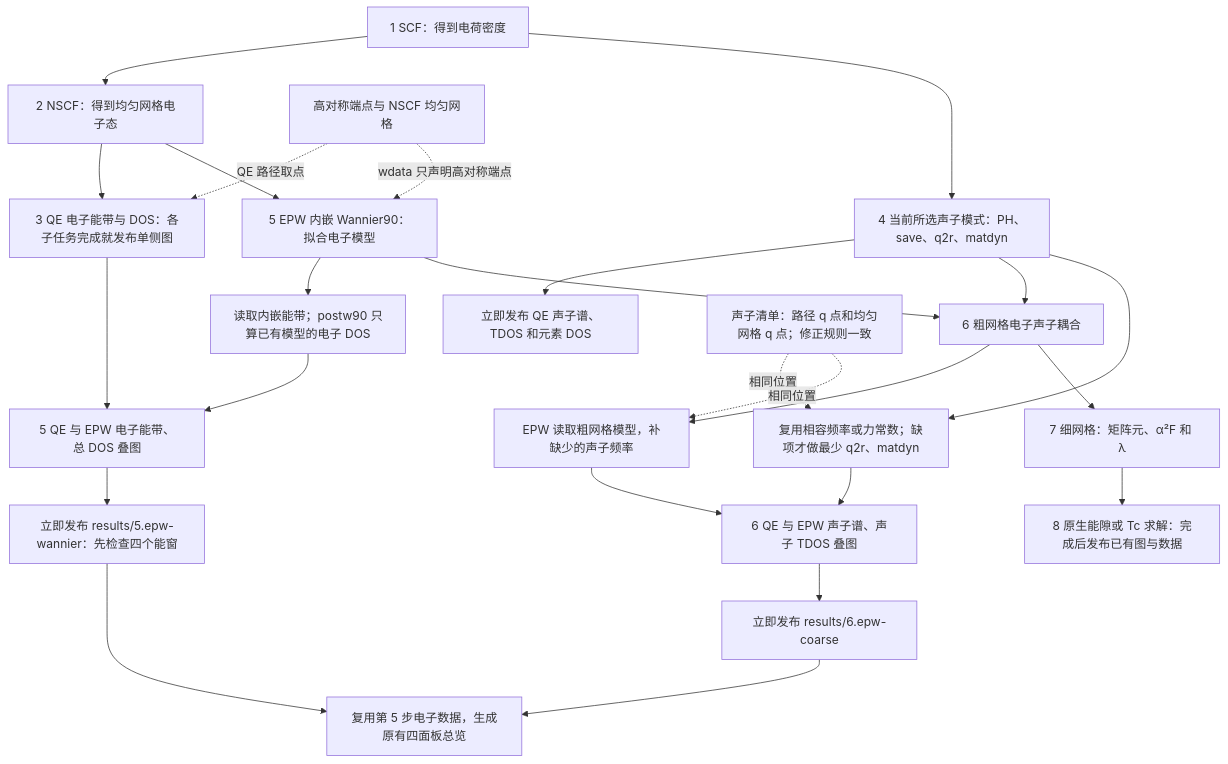
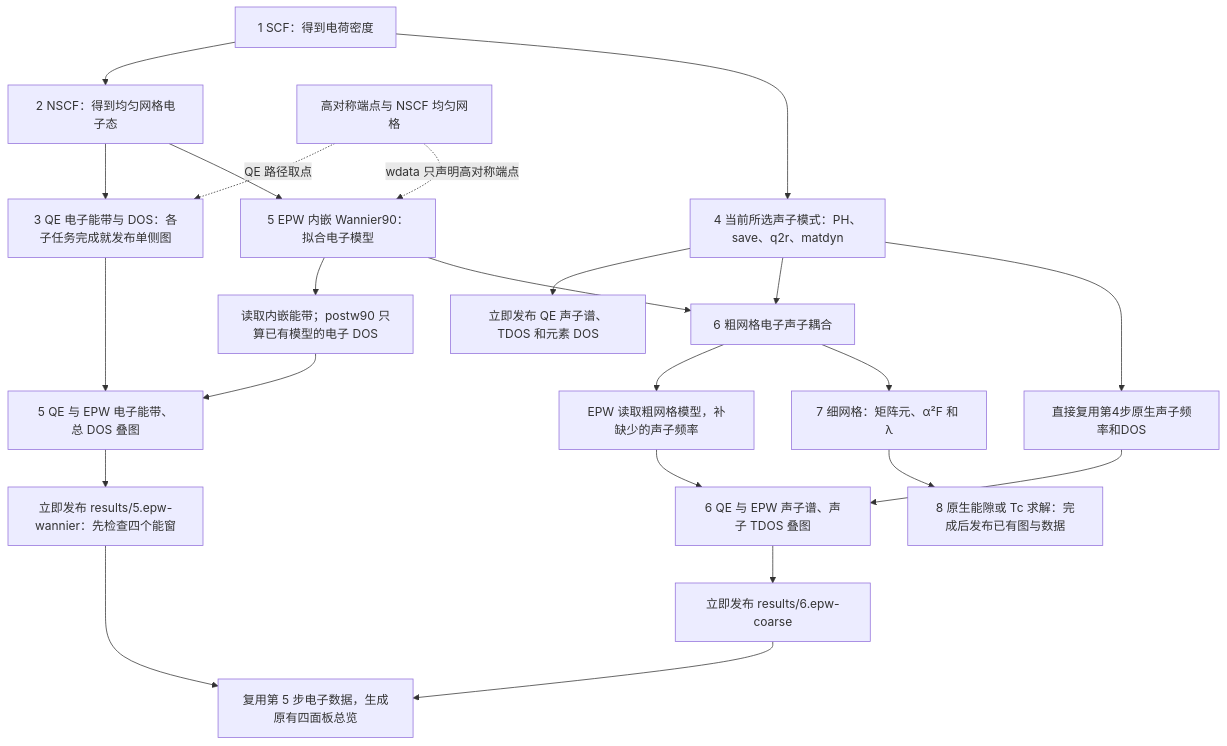
Before and after one commit to JLU-ICCMS-MaYuan/dftflow: the first of 2 diagrams in docs/overview/epwflow/workflow.md, drawn with Mermaid. The commit also changed other lines of this file and 33 other files, not shown here.

````diff
--- a/docs/overview/epwflow/workflow.md
+++ b/docs/overview/epwflow/workflow.md
@@ -9,27 +9,25 @@
 ```mermaid
 flowchart TD
     S[1 SCF：得到电荷密度] --> N[2 NSCF：得到均匀网格电子态]
     N --> E[3 QE 电子能带与 DOS：各子任务完成就发布单侧图]
     N --> W[5 EPW 内嵌 Wannier90：拟合电子模型]
     K[高对称端点与 NSCF 均匀网格] -. QE 路径取点 .-> E
     K -. wdata 只声明高对称端点 .-> W
     W --> B[读取内嵌能带；postw90 只算已有模型的电子 DOS]
     E --> EC[5 QE 与 EPW 电子能带、总 DOS 叠图]
     B --> EC
     EC --> R5[立即发布 results/5.epw-wannier：先检查四个能窗]
     S --> P[4 当前所选声子模式：PH、save、q2r、matdyn]
     P --> R4[立即发布 QE 声子谱、TDOS 和元素 DOS]
     P --> C[6 粗网格电子声子耦合]
     W --> C
-    P --> Q[复用相容频率或力常数；缺项才做最少 q2r、matdyn]
+    P --> Q[直接复用第4步原生声子频率和DOS]
     C --> I[EPW 读取粗网格模型，补缺少的声子频率]
-    QL[声子清单：路径 q 点和均匀网格 q 点；修正规则一致] -. 相同位置 .-> Q
-    QL -. 相同位置 .-> I
     Q --> PC[6 QE 与 EPW 声子谱、声子 TDOS 叠图]
     I --> PC
     PC --> R6[立即发布 results/6.epw-coarse]
     R5 --> O[复用第 5 步电子数据，生成原有四面板总览]
     R6 --> O
     C --> F[7 细网格：矩阵元、α²F 和 λ]
     F --> G[8 原生能隙或 Tc 求解：完成后发布已有图与数据]
 ```
````
